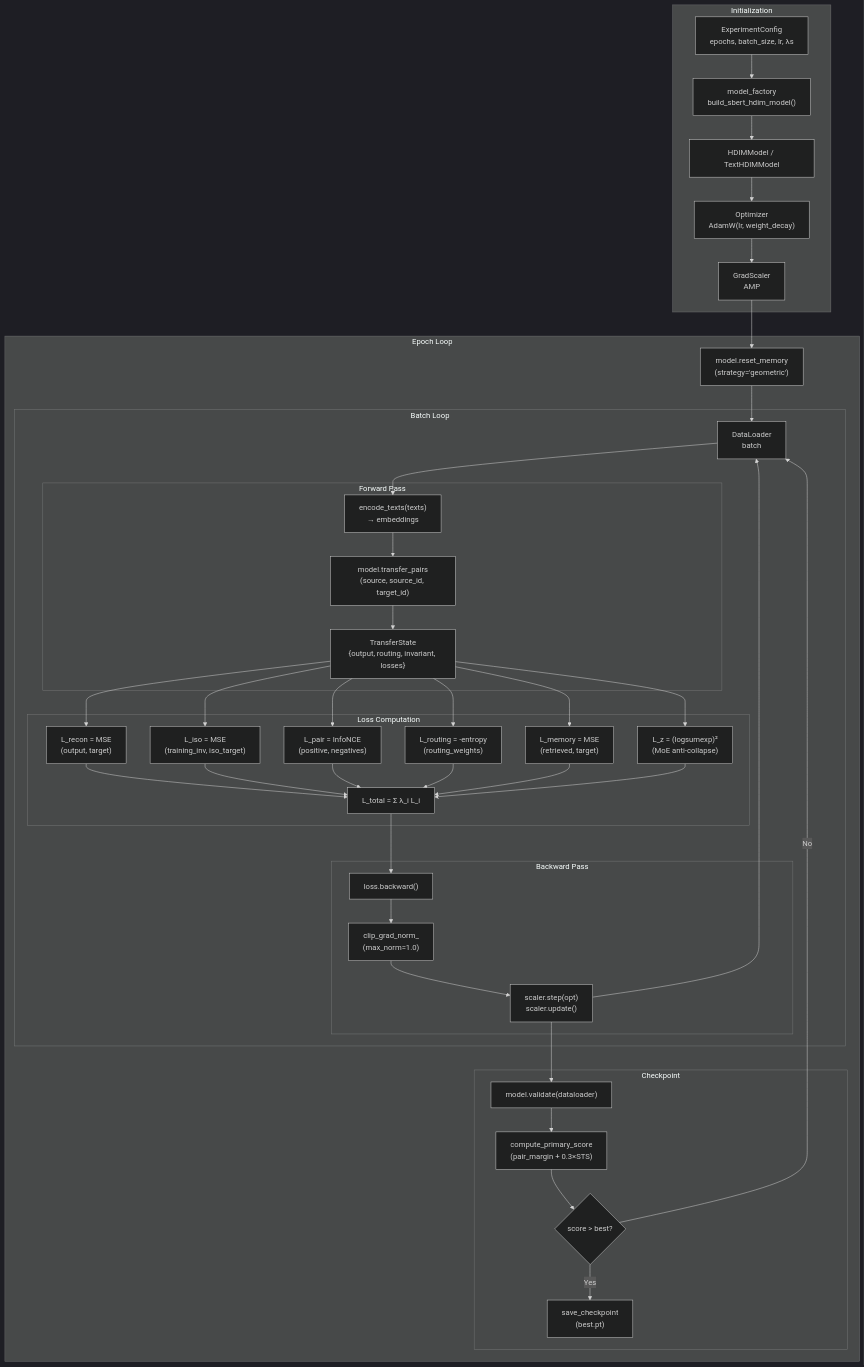
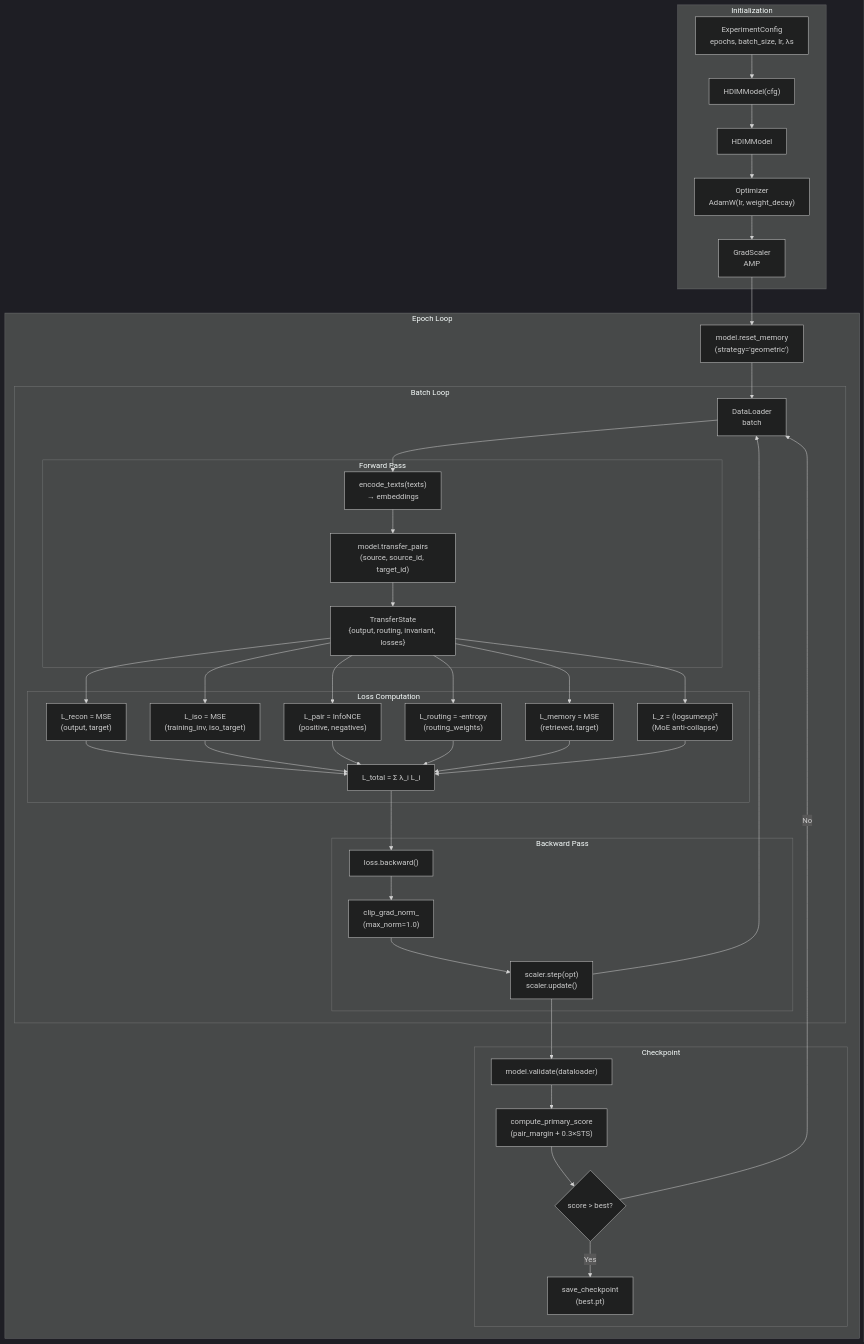
Before and after one commit to ShmidtS/hypercoplexAI: the sixth of 21 diagrams in docs/DIAGRAMS.md, drawn with Mermaid (dark theme). The commit also changed other lines of this file and 54 other files, not shown here.

````diff
--- a/docs/DIAGRAMS.md
+++ b/docs/DIAGRAMS.md
@@ -526,62 +523,62 @@
 ```mermaid
 flowchart TD
     subgraph Init["Initialization"]
         CFG["ExperimentConfig<br/>epochs, batch_size, lr, λs"]
-        FACT["model_factory<br/>build_sbert_hdim_model()"]
-        MODEL["HDIMModel / TextHDIMModel"]
+        FACT["HDIMModel(cfg)"]
+        MODEL["HDIMModel"]
         OPT["Optimizer<br/>AdamW(lr, weight_decay)"]
         SCALER["GradScaler<br/>AMP"]
     end
 
     subgraph EpochLoop["Epoch Loop"]
         RESET["model.reset_memory<br/>(strategy='geometric')"]
 
         subgraph BatchLoop["Batch Loop"]
             BATCH["DataLoader<br/>batch"]
 
             subgraph Forward["Forward Pass"]
                 ENC["encode_texts(texts)<br/>→ embeddings"]
                 TRANS["model.transfer_pairs<br/>(source, source_id, target_id)"]
                 STATE["TransferState<br/>{output, routing, invariant, losses}"]
             end
 
             subgraph Losses["Loss Computation"]
                 L1["L_recon = MSE<br/>(output, target)"]
                 L2["L_iso = MSE<br/>(training_inv, iso_target)"]
                 L3["L_pair = InfoNCE<br/>(positive, negatives)"]
                 L4["L_routing = -entropy<br/>(routing_weights)"]
                 L5["L_memory = MSE<br/>(retrieved, target)"]
                 L6["L_z = (logsumexp)²<br/>(MoE anti-collapse)"]
                 LT["L_total = Σ λ_i L_i"]
             end
 
             subgraph Backward["Backward Pass"]
                 GRAD["loss.backward()"]
                 CLIP["clip_grad_norm_<br/>(max_norm=1.0)"]
                 STEP["scaler.step(opt)<br/>scaler.update()"]
             end
         end
 
         subgraph Checkpoint["Checkpoint"]
             EVAL["model.validate(dataloader)"]
             SCORE["compute_primary_score<br/>(pair_margin + 0.3×STS)"]
             BEST{"score > best?"}
             SAVE["save_checkpoint<br/>(best.pt)"]
         end
     end
 
     CFG --> FACT --> MODEL
     MODEL --> OPT
     OPT --> SCALER
 
     SCALER --> RESET
     RESET --> BATCH
     BATCH --> ENC --> TRANS --> STATE
     STATE --> L1 & L2 & L3 & L4 & L5 & L6 --> LT
     LT --> GRAD --> CLIP --> STEP
     STEP --> BATCH
 
     STEP --> EVAL --> SCORE --> BEST
     BEST -->|Yes| SAVE
     BEST -->|No| BATCH
 ```
````
